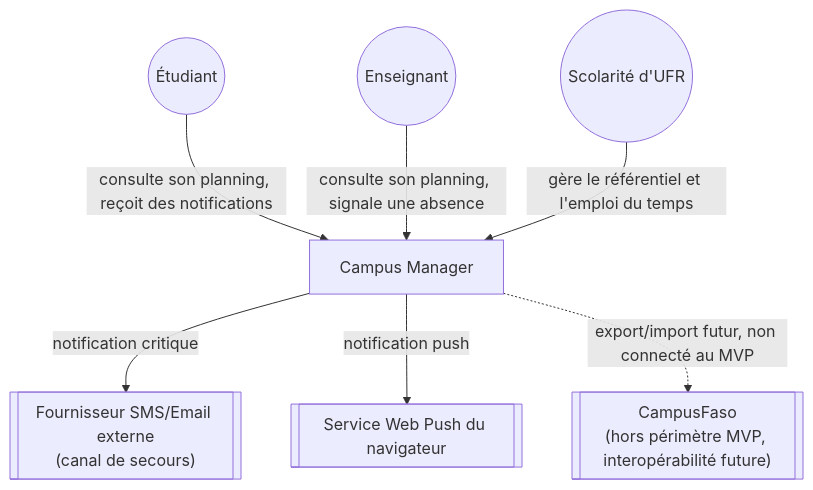
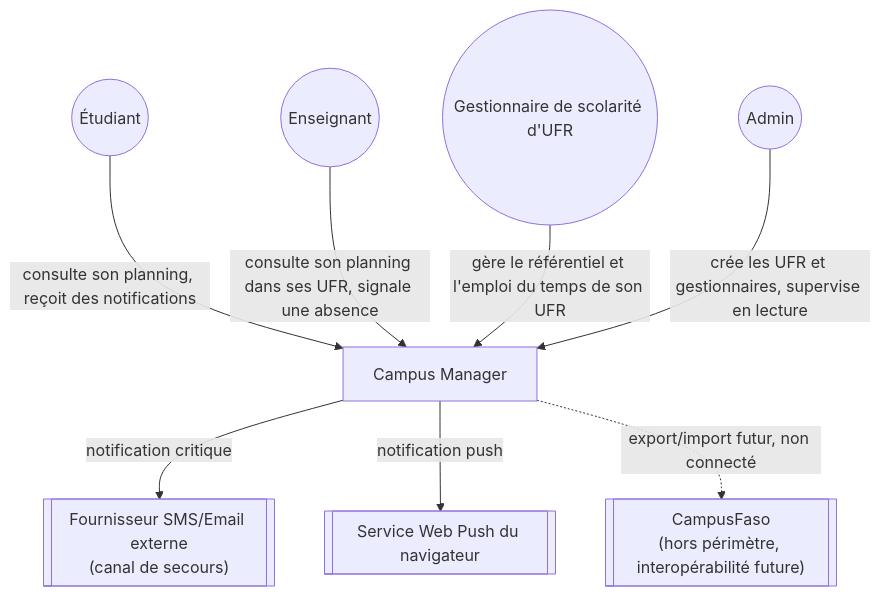
The first of 6 diagrams in docs/05_UML_C4_Campus_Manager.md (Kevin23phx/Gestionnaire_emploi_de_temps), drawn with Mermaid before and after one commit. The commit also changed other lines of this file and 24 other files, not shown here.

````diff
--- a/docs/05_UML_C4_Campus_Manager.md
+++ b/docs/05_UML_C4_Campus_Manager.md
@@ -12,17 +12,19 @@
 ```mermaid
 graph TB
     Etudiant((Étudiant))
     Enseignant((Enseignant))
-    Scolarite((Scolarité d'UFR))
+    Scolarite((Gestionnaire de scolarité d'UFR))
+    Admin((Admin))
     CM[Campus Manager]
     SMS[["Fournisseur SMS/Email externe<br/>(canal de secours)"]]
     Push[["Service Web Push du navigateur"]]
-    CF[["CampusFaso<br/>(hors périmètre MVP, interopérabilité future)"]]
+    CF[["CampusFaso<br/>(hors périmètre, interopérabilité future)"]]
 
     Etudiant -->|consulte son planning, reçoit des notifications| CM
-    Enseignant -->|consulte son planning, signale une absence| CM
-    Scolarite -->|gère le référentiel et l'emploi du temps| CM
+    Enseignant -->|consulte son planning dans ses UFR, signale une absence| CM
+    Scolarite -->|gère le référentiel et l'emploi du temps de son UFR| CM
+    Admin -->|crée les UFR et gestionnaires, supervise en lecture| CM
     CM -->|notification critique| SMS
     CM -->|notification push| Push
-    CM -.->|export/import futur, non connecté au MVP| CF
+    CM -.->|export/import futur, non connecté| CF
 ```
````
